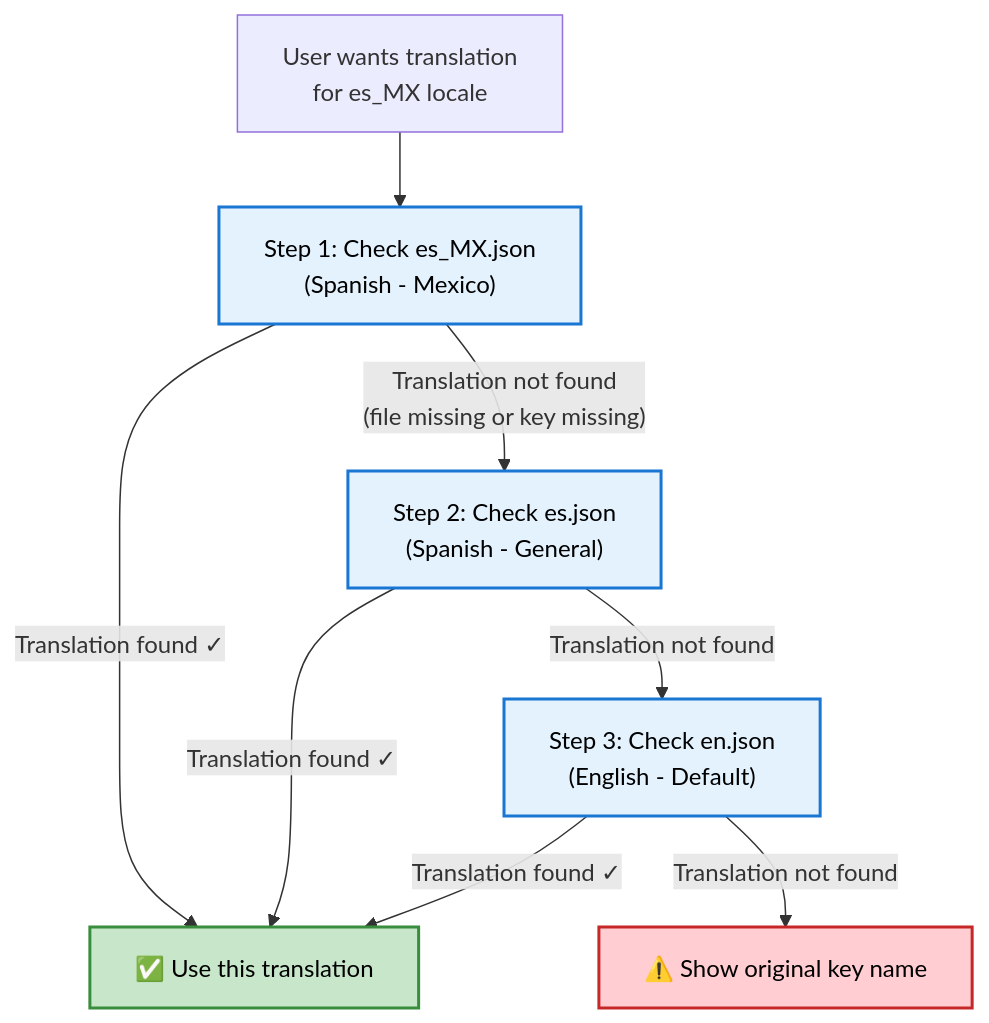
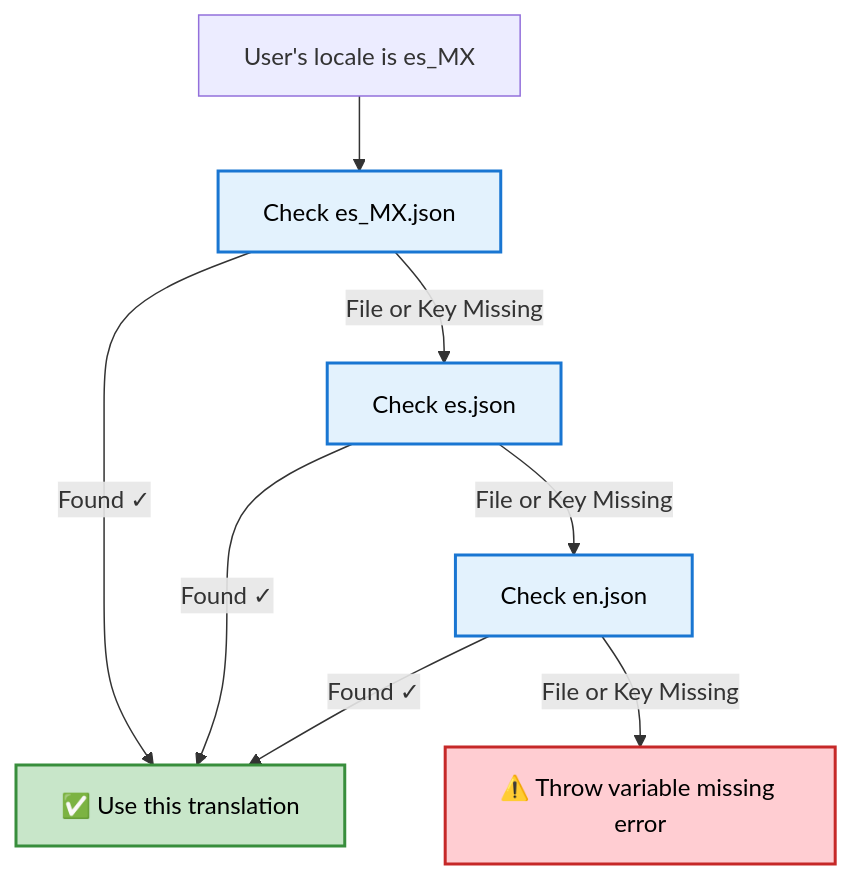
The diagram in docs/translations.mdx (ingdas/suprsend-documentation), drawn with Mermaid before and after one commit. The commit also changed other lines of this file, not shown here.

````diff
--- a/docs/translations.mdx
+++ b/docs/translations.mdx
@@ -72,16 +38,16 @@
 ```mermaid
 flowchart TD
-    Start["User wants translation<br/>for es_MX locale"] --> Step1["Step 1: Check es_MX.json<br/>(Spanish - Mexico)"]
-    Step1 -->|"Translation found ✓"| Success["✅ Use this translation"]
-    Step1 -->|"Translation not found<br/>(file missing or key missing)"| Step2["Step 2: Check es.json<br/>(Spanish - General)"]
-    Step2 -->|"Translation found ✓"| Success
-    Step2 -->|"Translation not found"| Step3["Step 3: Check en.json<br/>(English - Default)"]
-    Step3 -->|"Translation found ✓"| Success
-    Step3 -->|"Translation not found"| Fallback["⚠️ Show original key name"]
-    
-    style Step1 fill:#e3f2fd,stroke:#1976d2,stroke-width:2px,color:#000
-    style Step2 fill:#e3f2fd,stroke:#1976d2,stroke-width:2px,color:#000
-    style Step3 fill:#e3f2fd,stroke:#1976d2,stroke-width:2px,color:#000
-    style Success fill:#c8e6c9,stroke:#388e3c,stroke-width:2px,color:#000
-    style Fallback fill:#ffcdd2,stroke:#c62828,stroke-width:2px,color:#000
+Start["User's locale is es_MX"] --> Step1["Check es_MX.json"]
+Step1 -->|"Found ✓"| Success["✅ Use this translation"]
+Step1 -->|"File or Key Missing"| Step2["Check es.json"]
+Step2 -->|"Found ✓"| Success
+Step2 -->|"File or Key Missing"| Step3["Check en.json"]
+Step3 -->|"Found ✓"| Success
+Step3 -->|"File or Key Missing"| Fallback["⚠️ Throw variable missing error"]
+
+style Step1 fill:#e3f2fd,stroke:#1976d2,stroke-width:2px,color:#000
+style Step2 fill:#e3f2fd,stroke:#1976d2,stroke-width:2px,color:#000
+style Step3 fill:#e3f2fd,stroke:#1976d2,stroke-width:2px,color:#000
+style Success fill:#c8e6c9,stroke:#388e3c,stroke-width:2px,color:#000
+style Fallback fill:#ffcdd2,stroke:#c62828,stroke-width:2px,color:#000
 ```
````
